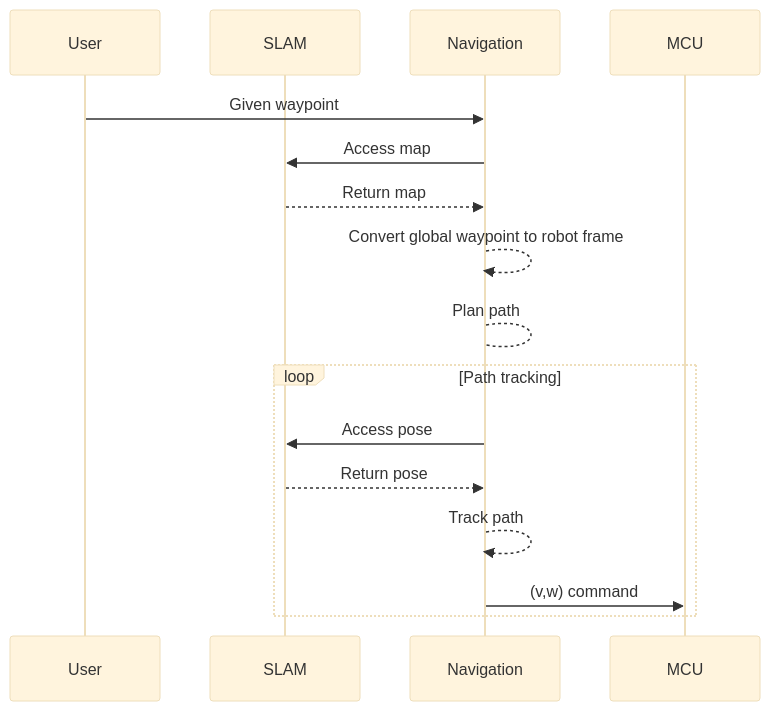
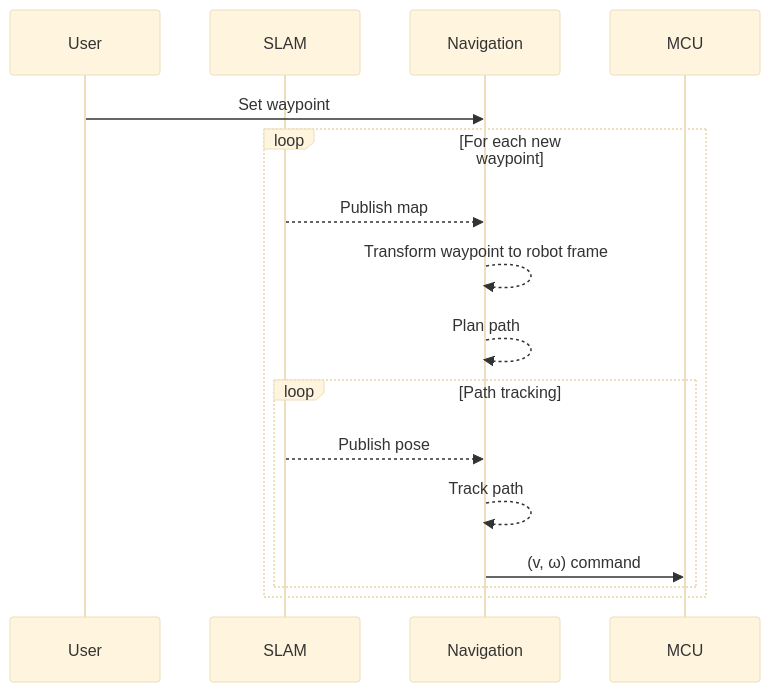
Before and after one commit to carmor1337/Robert-Diffrential-drive-robot: the second of 4 diagrams in README.md, drawn with Mermaid (base theme). The commit also changed other lines of this file, not shown here.

````diff
--- a/README.md
+++ b/README.md
@@ -150,22 +141,22 @@
 ```mermaid
 sequenceDiagram
-
 participant User
 participant SLAM
 participant Navigation
 participant MCU
 
-User ->> Navigation: Given waypoint
-Navigation ->> SLAM: Access map
-SLAM -->> Navigation: Return map
-Navigation -->> Navigation: Convert global waypoint to robot frame
+User ->> Navigation: Set waypoint
 
-    Navigation --> Navigation: Plan path
-loop Path tracking
-    Navigation ->> SLAM: Access pose
-    SLAM -->> Navigation: Return pose
-    Navigation -->> Navigation: Track path
-    Navigation ->> MCU: (v,w) command
+loop For each new waypoint
+    SLAM -->> Navigation: Publish map
+    Navigation -->> Navigation: Transform waypoint to robot frame
+    Navigation -->> Navigation: Plan path
+
+    loop Path tracking
+        SLAM -->> Navigation: Publish pose
+        Navigation -->> Navigation: Track path
+        Navigation ->> MCU: (v, ω) command
+    end
 end
 
 ```
````
